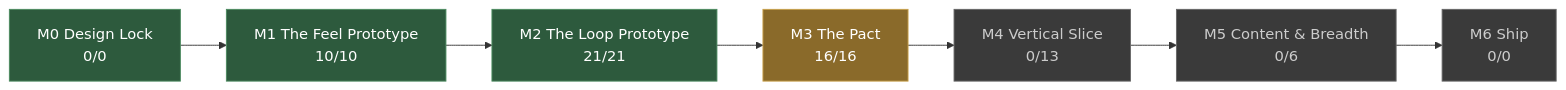
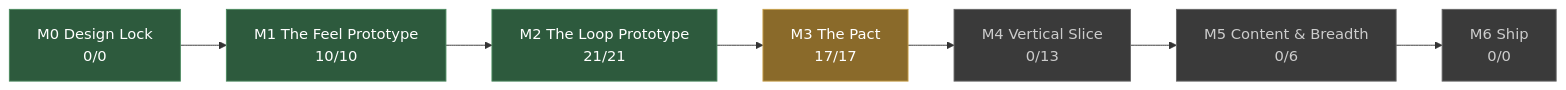
Before and after one commit to JoshuaGessner/she: the diagram in docs/STATUS.md, drawn with Mermaid. The commit also changed other lines of this file and 8 other files, not shown here.

````diff
--- a/docs/STATUS.md
+++ b/docs/STATUS.md
@@ -13,19 +13,19 @@
 ```mermaid
 flowchart LR
   M0["M0 Design Lock<br/>0/0"]:::passed
   M1["M1 The Feel Prototype<br/>10/10"]:::passed
   M0 --> M1
   M2["M2 The Loop Prototype<br/>21/21"]:::passed
   M1 --> M2
-  M3["M3 The Pact<br/>16/16"]:::current
+  M3["M3 The Pact<br/>17/17"]:::current
   M2 --> M3
   M4["M4 Vertical Slice<br/>0/13"]:::ahead
   M3 --> M4
   M5["M5 Content & Breadth<br/>0/6"]:::ahead
   M4 --> M5
   M6["M6 Ship<br/>0/0"]:::ahead
   M5 --> M6
   classDef passed fill:#2d5a3d,stroke:#4a8a5f,color:#fff
   classDef current fill:#8a6a2a,stroke:#c8a04a,color:#fff
   classDef ahead fill:#3a3a3a,stroke:#666,color:#ccc
 ```
````
